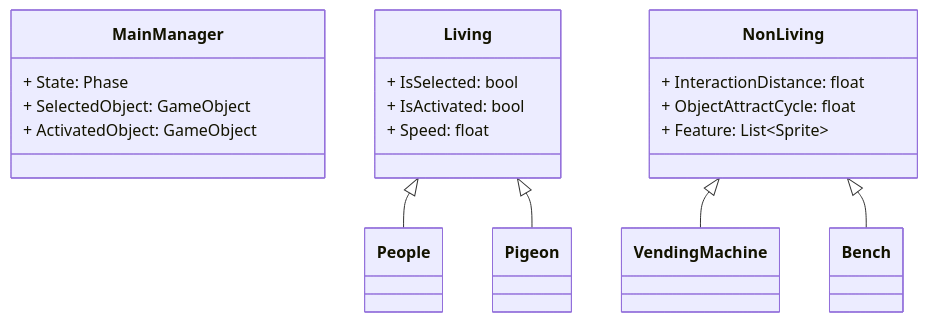
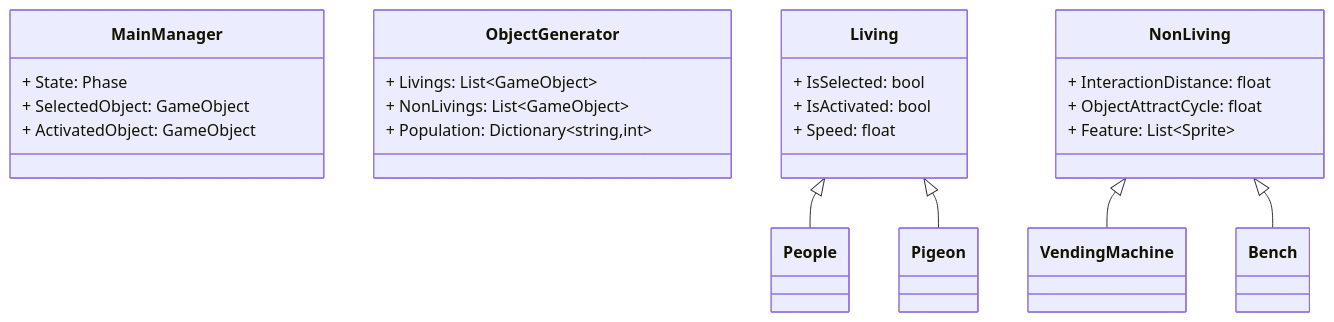
One commit to hyngng/hynrng.github.io changed the first of 5 diagrams in _posts/프로그래밍/마일스톤/2024-04-11-armonia-developing.md. Above: the diagram before and after it, drawn with Mermaid. The commit also changed other lines of this file and 3 other files, not shown here.

````diff
--- a/_posts/프로그래밍/마일스톤/2024-04-11-armonia-developing.md
+++ b/_posts/프로그래밍/마일스톤/2024-04-11-armonia-developing.md
@@ -73,23 +77,28 @@
 ```mermaid
 classDiagram
     class MainManager {
         + State: Phase
         + SelectedObject: GameObject
         + ActivatedObject: GameObject
+    }
+    class ObjectGenerator {
+        + Livings: List~GameObject~
+        + NonLivings: List~GameObject~
+        + Population: Dictionary~string,int~
     }
     class Living {
         + IsSelected: bool
         + IsActivated: bool
         + Speed: float
     }
     class NonLiving {
         + InteractionDistance: float
         + ObjectAttractCycle: float
         + Feature: List~Sprite~
     }
 
     Living <|-- People
     Living <|-- Pigeon
     NonLiving <|-- VendingMachine
     NonLiving <|-- Bench
 ```
````
